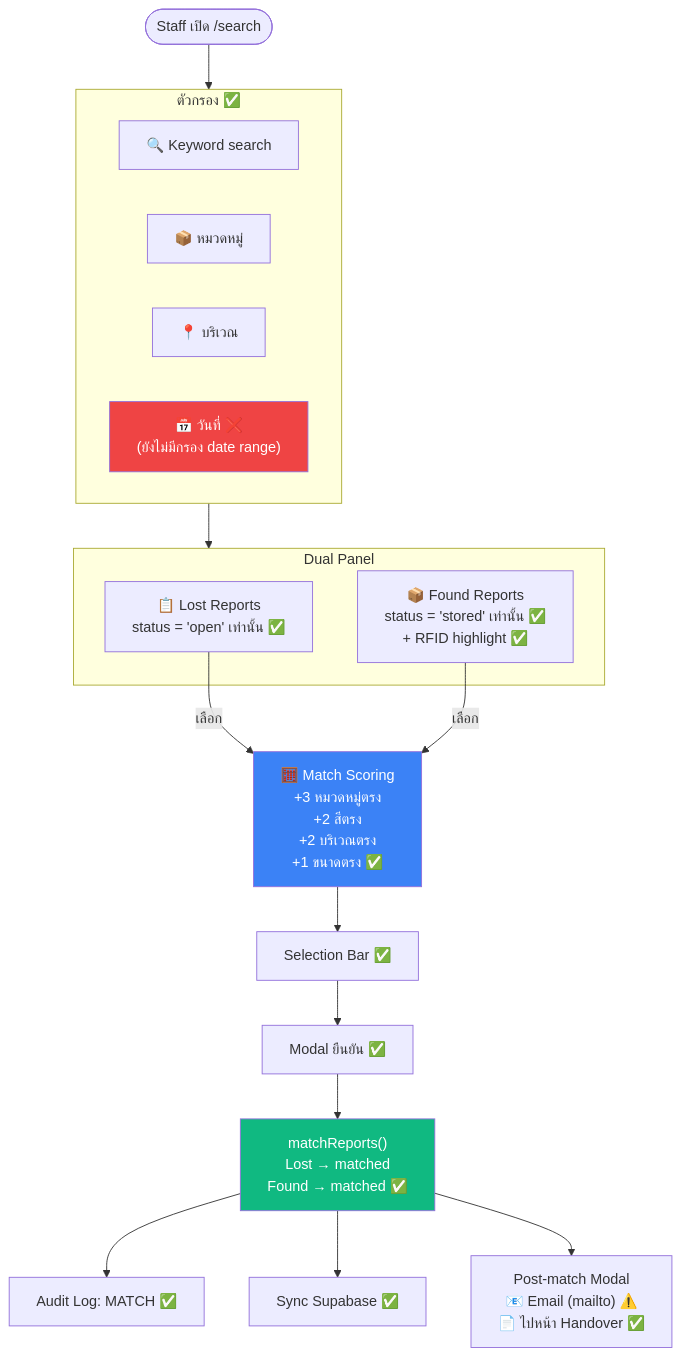
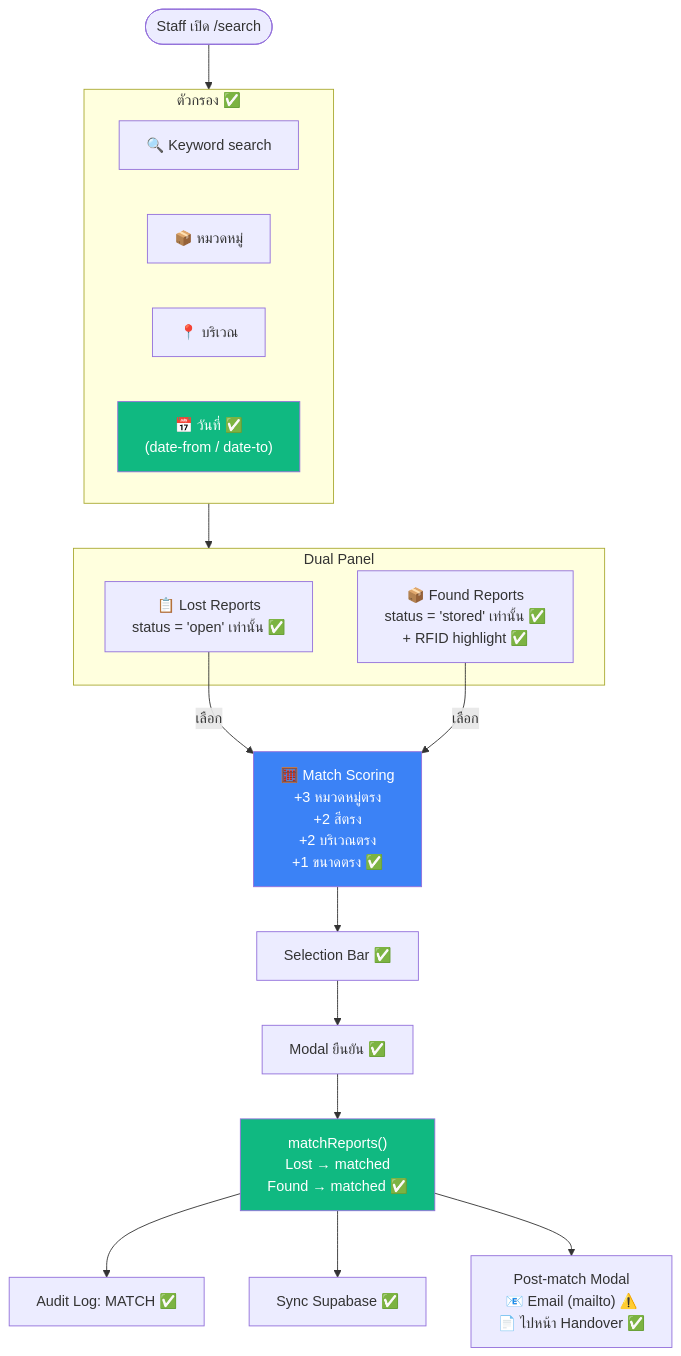
The seventh of 19 diagrams in WORKFLOW_DATAFLOW.md (sujittrapankaraket-sketch/CNI-Property-Lost-Found-Management-System), drawn with Mermaid before and after one commit. The commit also changed other lines of this file and 4 other files, not shown here.

````diff
--- a/WORKFLOW_DATAFLOW.md
+++ b/WORKFLOW_DATAFLOW.md
@@ -208,34 +208,34 @@
 ```mermaid
 flowchart TD
     A([Staff เปิด /search]) --> FILTER
 
     subgraph FILTER["ตัวกรอง ✅"]
         F1["🔍 Keyword search"]
         F2["📦 หมวดหมู่"]
         F3["📍 บริเวณ"]
-        F4["📅 วันที่ ❌\n(ยังไม่มีกรอง date range)"]
+        F4["📅 วันที่ ✅\n(date-from / date-to)"]
     end
 
     FILTER --> PANELS
 
     subgraph PANELS["Dual Panel"]
         LP["📋 Lost Reports\nstatus = 'open' เท่านั้น ✅"]
         FP["📦 Found Reports\nstatus = 'stored' เท่านั้น ✅\n+ RFID highlight ✅"]
     end
 
     LP -->|"เลือก"| SCORE
     FP -->|"เลือก"| SCORE
 
     SCORE["🧮 Match Scoring\n+3 หมวดหมู่ตรง\n+2 สีตรง\n+2 บริเวณตรง\n+1 ขนาดตรง ✅"]
 
     SCORE --> BAR["Selection Bar ✅"]
     BAR --> CONFIRM["Modal ยืนยัน ✅"]
     CONFIRM --> MATCH["matchReports()\nLost → matched\nFound → matched ✅"]
     MATCH --> AUDIT["Audit Log: MATCH ✅"]
     MATCH --> SYNC["Sync Supabase ✅"]
     MATCH --> POST["Post-match Modal\n📧 Email (mailto) ⚠️\n📄 ไปหน้า Handover ✅"]
 
     style SCORE fill:#3B82F6,color:#fff
     style MATCH fill:#10B981,color:#fff
-    style F4 fill:#EF4444,color:#fff
+    style F4 fill:#10B981,color:#fff
 ```
````
